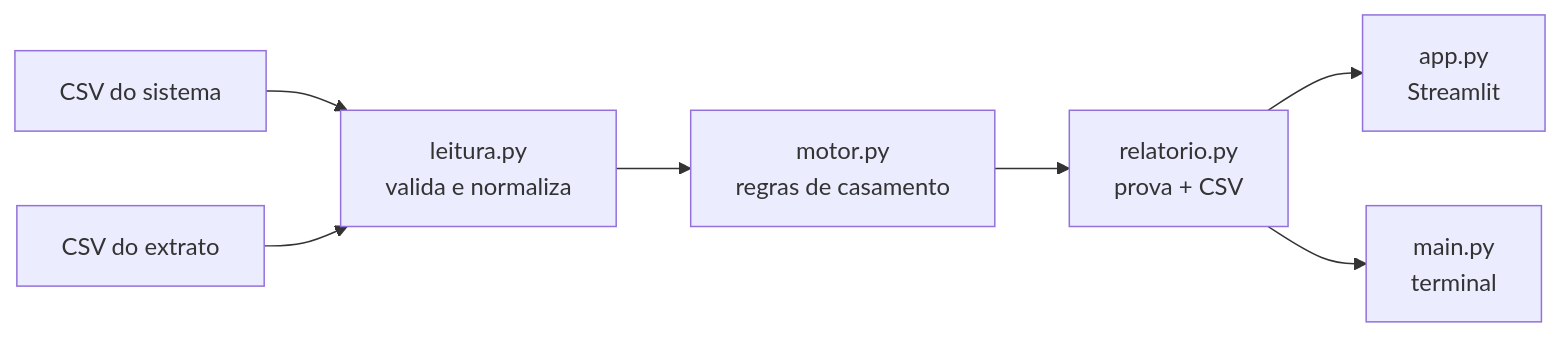
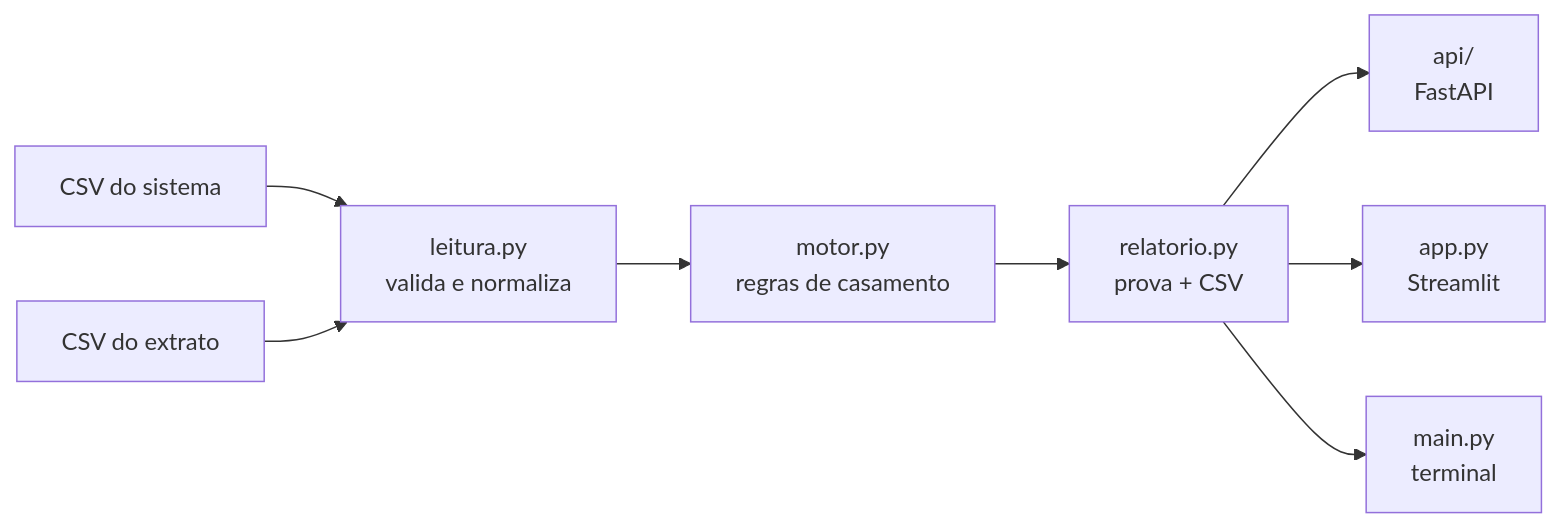
The diagram in README.md (anavieira1/conciliacao_turismo), drawn with Mermaid before and after one commit. The commit also changed other lines of this file and 8 other files, not shown here.

First line of the commit message:
Adiciona API REST com FastAPI

````diff
--- a/README.md
+++ b/README.md
@@ -42,9 +47,10 @@
 ```mermaid
 flowchart LR
     A[CSV do sistema] --> L[leitura.py<br/>valida e normaliza]
     B[CSV do extrato] --> L
     L --> M[motor.py<br/>regras de casamento]
     M --> R[relatorio.py<br/>prova + CSV]
+    R --> P[api/<br/>FastAPI]
     R --> W[app.py<br/>Streamlit]
     R --> T[main.py<br/>terminal]
 ```
````
